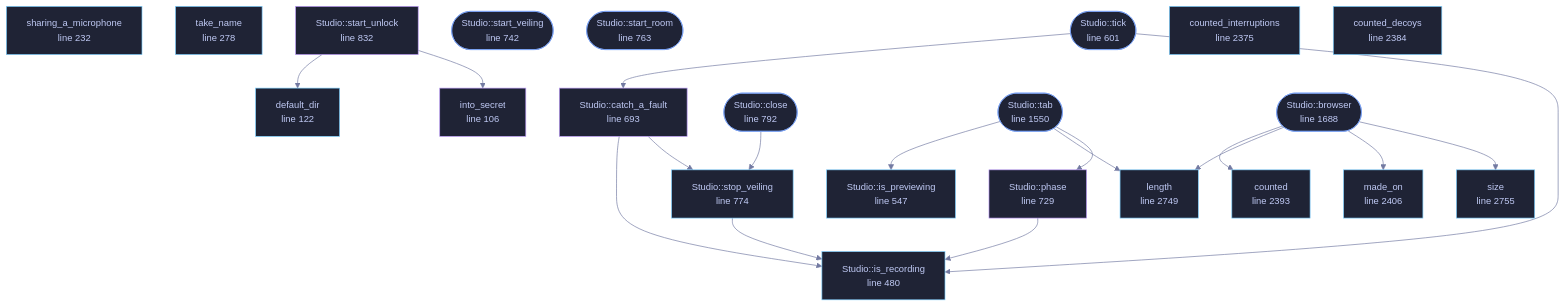
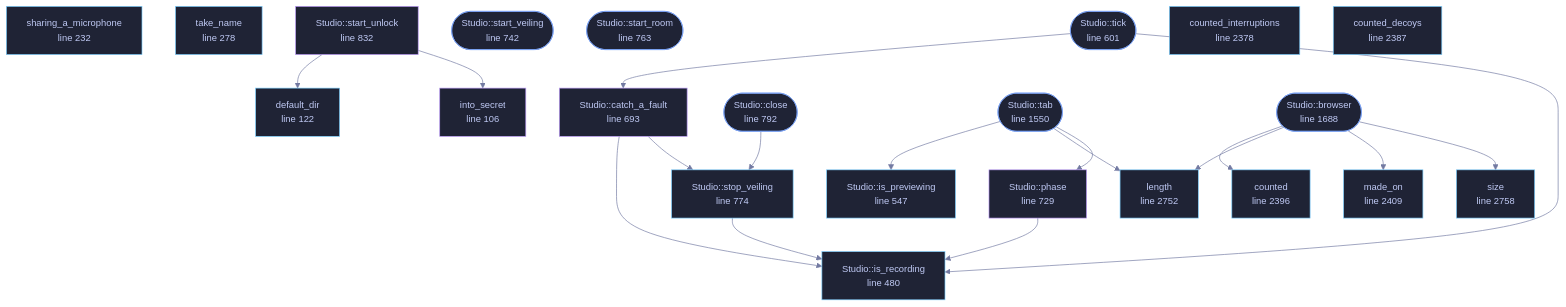
One commit to tilas01/veilvoice changed the diagram in docs/files/veilvoice-gui/studio.md. Above: the diagram before and after it, drawn with Mermaid. The commit also changed other lines of this file and 65 other files, not shown here.

````diff
--- a/docs/files/veilvoice-gui/studio.md
+++ b/docs/files/veilvoice-gui/studio.md
@@ -192,70 +192,70 @@
 ```mermaid
 %%{init: {"theme":"base","themeVariables":{"background":"#1a1b26","primaryColor":"#1f2335","primaryTextColor":"#c0caf5","primaryBorderColor":"#7aa2f7","secondaryColor":"#16161e","tertiaryColor":"#16161e","lineColor":"#737aa2","textColor":"#c0caf5","mainBkg":"#1f2335","nodeBorder":"#7aa2f7","clusterBkg":"#16161e","clusterBorder":"#2f3549","fontFamily":"ui-monospace, SFMono-Regular, Consolas, monospace","fontSize":"14px"}}}%%
 flowchart TD
     n_into_secret["into_secret<br/>line 106"]
     n_default_dir["default_dir<br/>line 122"]
     n_sharing_a_microphone["sharing_a_microphone<br/>line 232"]
     n_take_name["take_name<br/>line 278"]
     n_is_recording["Studio::is_recording<br/>line 480"]
     n_is_previewing["Studio::is_previewing<br/>line 547"]
     n_tick(["Studio::tick<br/>line 601"])
     n_catch_a_fault["Studio::catch_a_fault<br/>line 693"]
     n_phase["Studio::phase<br/>line 729"]
     n_start_veiling(["Studio::start_veiling<br/>line 742"])
     n_start_room(["Studio::start_room<br/>line 763"])
     n_stop_veiling["Studio::stop_veiling<br/>line 774"]
     n_close(["Studio::close<br/>line 792"])
     n_start_unlock["Studio::start_unlock<br/>line 832"]
     n_tab(["Studio::tab<br/>line 1550"])
     n_browser(["Studio::browser<br/>line 1688"])
-    n_counted_interruptions["counted_interruptions<br/>line 2375"]
-    n_counted_decoys["counted_decoys<br/>line 2384"]
-    n_counted["counted<br/>line 2393"]
-    n_made_on["made_on<br/>line 2406"]
-    n_length["length<br/>line 2749"]
-    n_size["size<br/>line 2755"]
+    n_counted_interruptions["counted_interruptions<br/>line 2378"]
+    n_counted_decoys["counted_decoys<br/>line 2387"]
+    n_counted["counted<br/>line 2396"]
+    n_made_on["made_on<br/>line 2409"]
+    n_length["length<br/>line 2752"]
+    n_size["size<br/>line 2758"]
     n_browser --> n_counted
     n_browser --> n_length
     n_browser --> n_made_on
     n_browser --> n_size
     n_catch_a_fault --> n_is_recording
     n_catch_a_fault --> n_stop_veiling
     n_close --> n_stop_veiling
     n_phase --> n_is_recording
     n_start_unlock --> n_default_dir
     n_start_unlock --> n_into_secret
     n_stop_veiling --> n_is_recording
     n_tab --> n_is_previewing
     n_tab --> n_length
     n_tab --> n_phase
     n_tick --> n_catch_a_fault
     n_tick --> n_is_recording
     click n_into_secret href "https://github.com/tilas01/veilvoice/blob/main/crates/veilvoice-gui/src/studio.rs#L106" "open the source"
     click n_default_dir href "https://github.com/tilas01/veilvoice/blob/main/crates/veilvoice-gui/src/studio.rs#L122" "open the source"
     click n_sharing_a_microphone href "https://github.com/tilas01/veilvoice/blob/main/crates/veilvoice-gui/src/studio.rs#L232" "open the source"
     click n_take_name href "https://github.com/tilas01/veilvoice/blob/main/crates/veilvoice-gui/src/studio.rs#L278" "open the source"
     click n_is_recording href "https://github.com/tilas01/veilvoice/blob/main/crates/veilvoice-gui/src/studio.rs#L480" "open the source"
     click n_is_previewing href "https://github.com/tilas01/veilvoice/blob/main/crates/veilvoice-gui/src/studio.rs#L547" "open the source"
     click n_tick href "https://github.com/tilas01/veilvoice/blob/main/crates/veilvoice-gui/src/studio.rs#L601" "open the source"
     click n_catch_a_fault href "https://github.com/tilas01/veilvoice/blob/main/crates/veilvoice-gui/src/studio.rs#L693" "open the source"
     click n_phase href "https://github.com/tilas01/veilvoice/blob/main/crates/veilvoice-gui/src/studio.rs#L729" "open the source"
     click n_start_veiling href "https://github.com/tilas01/veilvoice/blob/main/crates/veilvoice-gui/src/studio.rs#L742" "open the source"
     click n_start_room href "https://github.com/tilas01/veilvoice/blob/main/crates/veilvoice-gui/src/studio.rs#L763" "open the source"
     click n_stop_veiling href "https://github.com/tilas01/veilvoice/blob/main/crates/veilvoice-gui/src/studio.rs#L774" "open the source"
     click n_close href "https://github.com/tilas01/veilvoice/blob/main/crates/veilvoice-gui/src/studio.rs#L792" "open the source"
     click n_start_unlock href "https://github.com/tilas01/veilvoice/blob/main/crates/veilvoice-gui/src/studio.rs#L832" "open the source"
     click n_tab href "https://github.com/tilas01/veilvoice/blob/main/crates/veilvoice-gui/src/studio.rs#L1550" "open the source"
     click n_browser href "https://github.com/tilas01/veilvoice/blob/main/crates/veilvoice-gui/src/studio.rs#L1688" "open the source"
-    click n_counted_interruptions href "https://github.com/tilas01/veilvoice/blob/main/crates/veilvoice-gui/src/studio.rs#L2375" "open the source"
-    click n_counted_decoys href "https://github.com/tilas01/veilvoice/blob/main/crates/veilvoice-gui/src/studio.rs#L2384" "open the source"
-    click n_counted href "https://github.com/tilas01/veilvoice/blob/main/crates/veilvoice-gui/src/studio.rs#L2393" "open the source"
-    click n_made_on href "https://github.com/tilas01/veilvoice/blob/main/crates/veilvoice-gui/src/studio.rs#L2406" "open the source"
-    click n_length href "https://github.com/tilas01/veilvoice/blob/main/crates/veilvoice-gui/src/studio.rs#L2749" "open the source"
-    click n_size href "https://github.com/tilas01/veilvoice/blob/main/crates/veilvoice-gui/src/studio.rs#L2755" "open the source"
+    click n_counted_interruptions href "https://github.com/tilas01/veilvoice/blob/main/crates/veilvoice-gui/src/studio.rs#L2378" "open the source"
+    click n_counted_decoys href "https://github.com/tilas01/veilvoice/blob/main/crates/veilvoice-gui/src/studio.rs#L2387" "open the source"
+    click n_counted href "https://github.com/tilas01/veilvoice/blob/main/crates/veilvoice-gui/src/studio.rs#L2396" "open the source"
+    click n_made_on href "https://github.com/tilas01/veilvoice/blob/main/crates/veilvoice-gui/src/studio.rs#L2409" "open the source"
+    click n_length href "https://github.com/tilas01/veilvoice/blob/main/crates/veilvoice-gui/src/studio.rs#L2752" "open the source"
+    click n_size href "https://github.com/tilas01/veilvoice/blob/main/crates/veilvoice-gui/src/studio.rs#L2758" "open the source"
     classDef entry fill:#1f2335,stroke:#7aa2f7,color:#c0caf5
     class n_tick,n_start_veiling,n_start_room,n_close,n_tab,n_browser entry
     classDef api fill:#1f2335,stroke:#7dcfff,color:#c0caf5
     class n_default_dir,n_sharing_a_microphone,n_take_name,n_is_recording,n_is_previewing,n_stop_veiling,n_counted_interruptions,n_counted_decoys,n_counted,n_made_on,n_length,n_size api
     classDef helper fill:#1f2335,stroke:#bb9af7,color:#c0caf5
     class n_into_secret,n_catch_a_fault,n_phase,n_start_unlock helper
 ```
````
